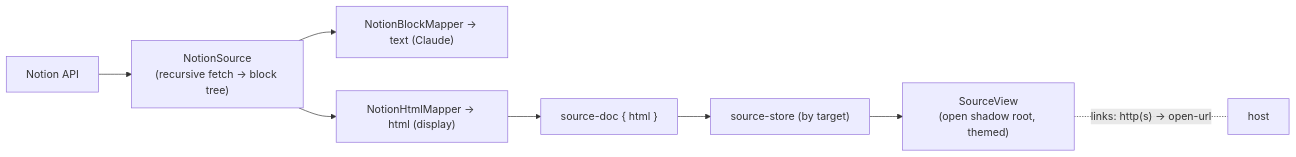
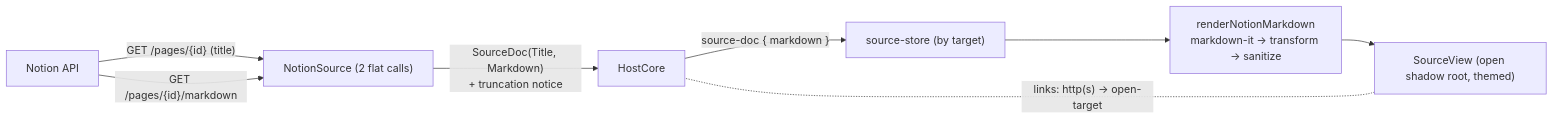
The diagram in docs/specs/notion-source-view.md (Kapps/weavie), drawn with Mermaid before and after one commit. The commit also changed other lines of this file and 29 other files, not shown here.

First line of the commit message:
Render Notion source pages from Notion's markdown API

````diff
--- a/docs/specs/notion-source-view.md
+++ b/docs/specs/notion-source-view.md
@@ -23,10 +29,10 @@
 ```mermaid
 flowchart LR
-  N["Notion API"] --> S["NotionSource\n(recursive fetch → block tree)"]
-  S --> MD["NotionBlockMapper → text (Claude)"]
-  S --> HT["NotionHtmlMapper → html (display)"]
-  HT --> doc["source-doc { html }"]
-  doc --> store["source-store (by target)"]
-  store --> SV["SourceView\n(open shadow root, themed)"]
-  SV -. "links: http(s) → open-url" .- host["host"]
+  N["Notion API"] -->|"GET /pages/{id} (title)"| S
+  N -->|"GET /pages/{id}/markdown"| S["NotionSource (2 flat calls)"]
+  S -->|"SourceDoc(Title, Markdown)\n+ truncation notice"| H["HostCore"]
+  H -->|"source-doc { markdown }"| store["source-store (by target)"]
+  store --> R["renderNotionMarkdown\nmarkdown-it → transform → sanitize"]
+  R --> SV["SourceView (open shadow root, themed)"]
+  SV -. "links: http(s) → open-target" .- H
 ```
````
